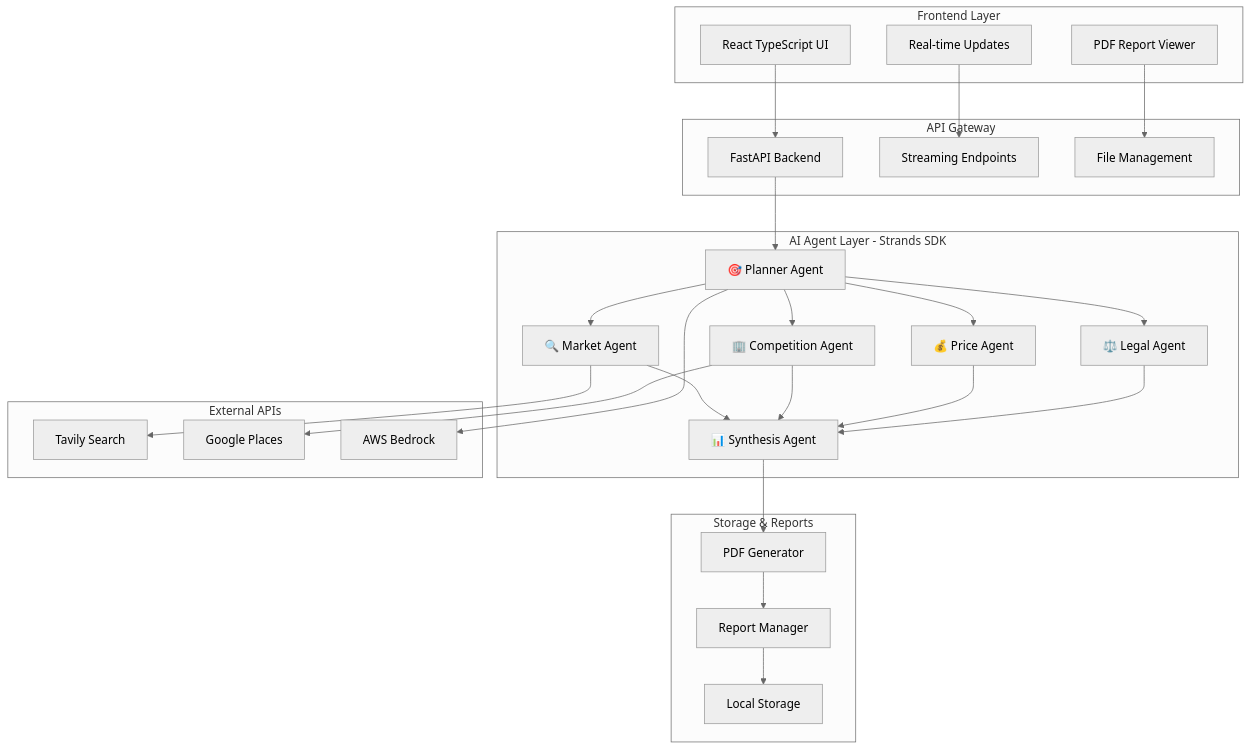
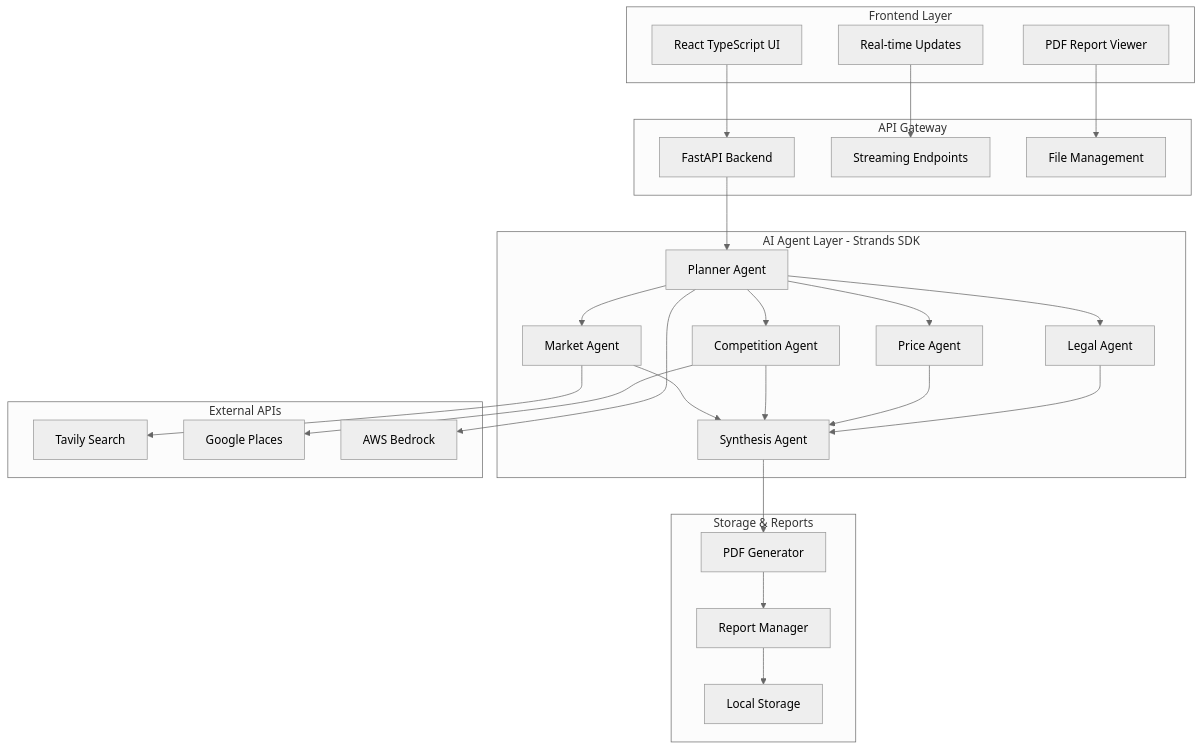
Before and after one commit to victorbash400/scout: the second of 3 diagrams in README.md, drawn with Mermaid (neutral theme). The commit also changed other lines of this file and 1 other file, not shown here.

````diff
--- a/README.md
+++ b/README.md
@@ -76,54 +90,54 @@
 ```mermaid
 graph TB
     subgraph "Frontend Layer"
         A[React TypeScript UI]
         B[Real-time Updates]
         C[PDF Report Viewer]
     end
     
     subgraph "API Gateway"
         D[FastAPI Backend]
         E[Streaming Endpoints]
         F[File Management]
     end
     
     subgraph "AI Agent Layer - Strands SDK"
-        G[🎯 Planner Agent]
-        H[🔍 Market Agent]
-        I[🏢 Competition Agent]
-        J[💰 Price Agent]
-        K[⚖️ Legal Agent]
-        L[📊 Synthesis Agent]
+        G[Planner Agent]
+        H[Market Agent]
+        I[Competition Agent]
+        J[Price Agent]
+        K[Legal Agent]
+        L[Synthesis Agent]
     end
     
     subgraph "External APIs"
         M[Tavily Search]
         N[Google Places]
         O[AWS Bedrock]
     end
     
     subgraph "Storage & Reports"
         P[Local Storage]
         Q[PDF Generator]
         R[Report Manager]
     end
     
     A --> D
     B --> E
     C --> F
     D --> G
     G --> H
     G --> I
     G --> J
     G --> K
     H --> L
     I --> L
     J --> L
     K --> L
     H --> M
     I --> N
     G --> O
     L --> Q
     Q --> R
     R --> P
 ```
````
